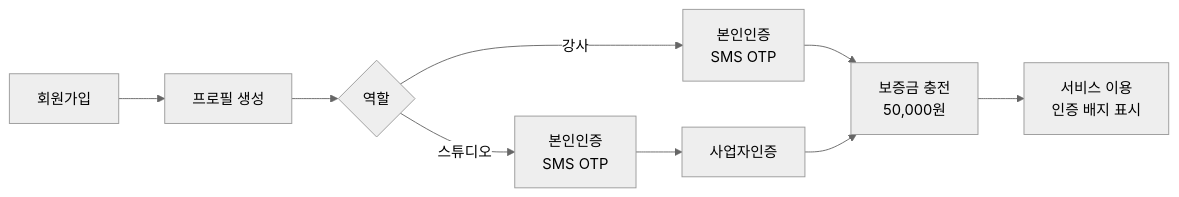
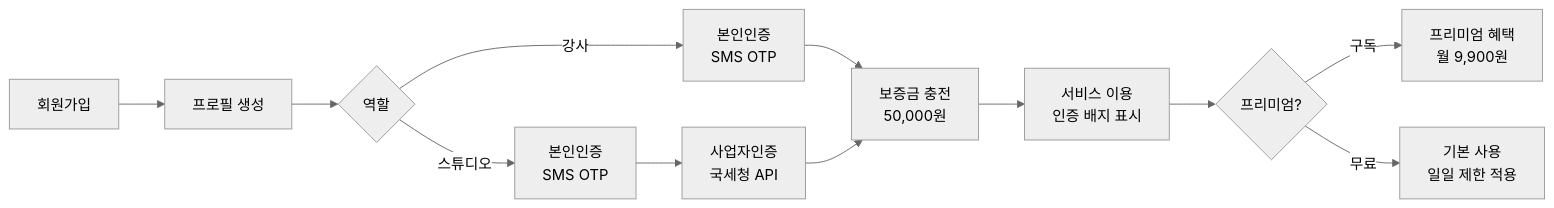
The second of 8 diagrams in README.md (MaduJoe/PilaMatch), drawn with Mermaid (neutral theme) before and after one commit. The commit also changed other lines of this file and 38 other files, not shown here.

````diff
--- a/README.md
+++ b/README.md
@@ -897,11 +1321,14 @@
 ```mermaid
 flowchart LR
     A[회원가입] --> B[프로필 생성]
     B --> C{역할}
     C -->|강사| D[본인인증<br/>SMS OTP]
     C -->|스튜디오| E[본인인증<br/>SMS OTP]
-    E --> F[사업자인증]
+    E --> F[사업자인증<br/>국세청 API]
     D --> G[보증금 충전<br/>50,000원]
     F --> G
     G --> H[서비스 이용<br/>인증 배지 표시]
+    H --> I{프리미엄?}
+    I -->|구독| J[프리미엄 혜택<br/>월 9,900원]
+    I -->|무료| K[기본 사용<br/>일일 제한 적용]
 ```
````
